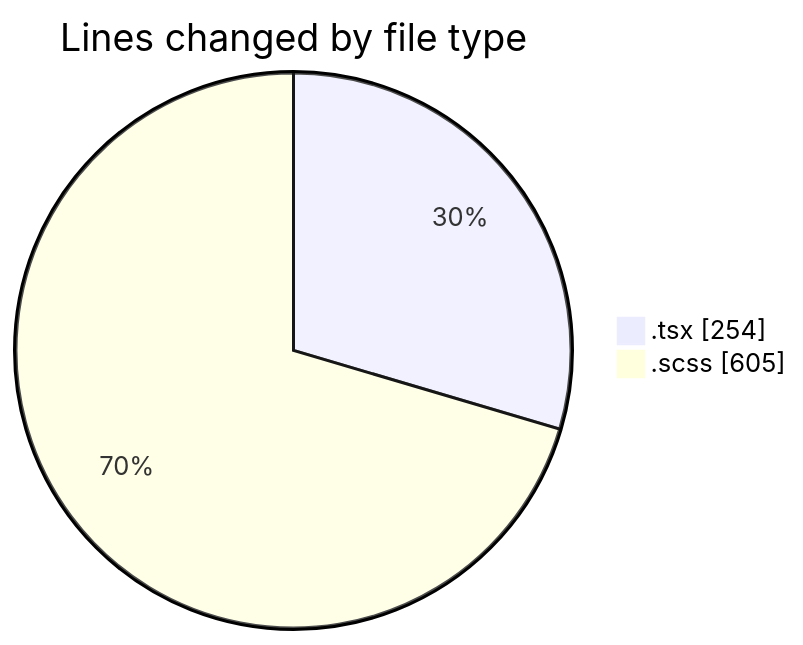
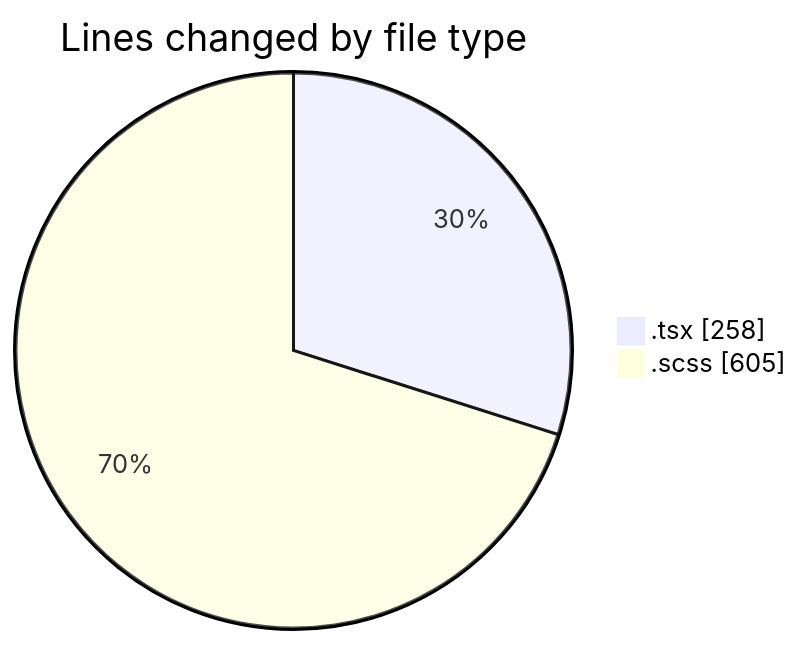
One commit to momahboobian/code-tracking changed the first of 2 diagrams in 2025-03-27/cda/README.md. Above: the diagram before and after it, drawn with Mermaid. The commit also changed other lines of this file and 1 other file, not shown here.

````diff
--- a/2025-03-27/cda/README.md
+++ b/2025-03-27/cda/README.md
@@ -21,6 +21,6 @@
 ```mermaid
 pie showData
 title Lines changed by file type
-".tsx" : 254
+".tsx" : 258
 ".scss" : 605
 ```
````
